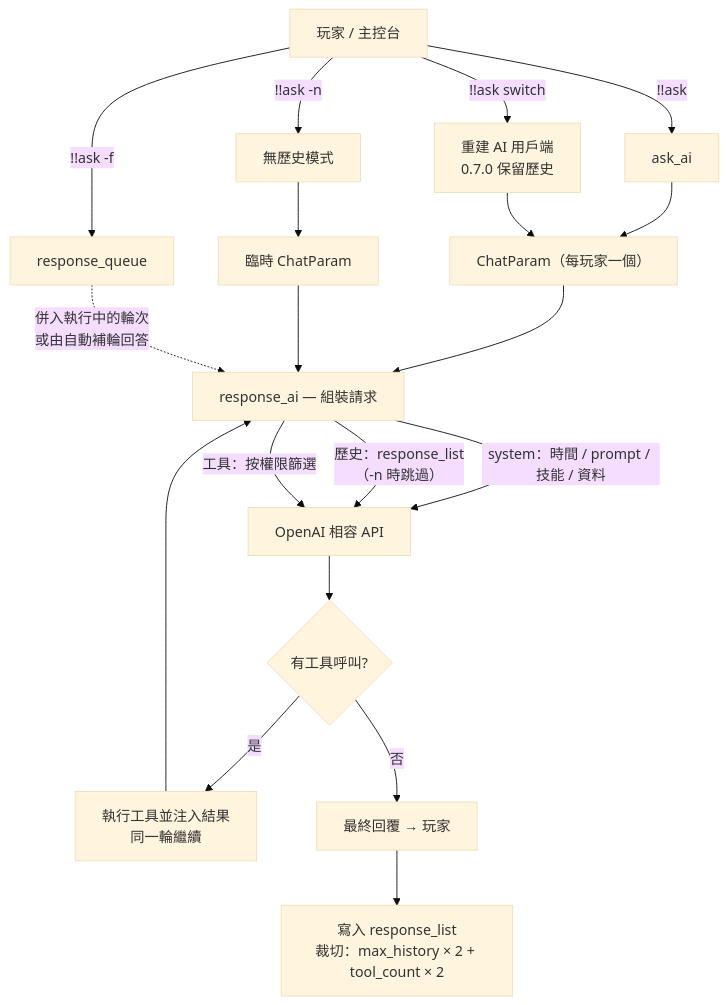
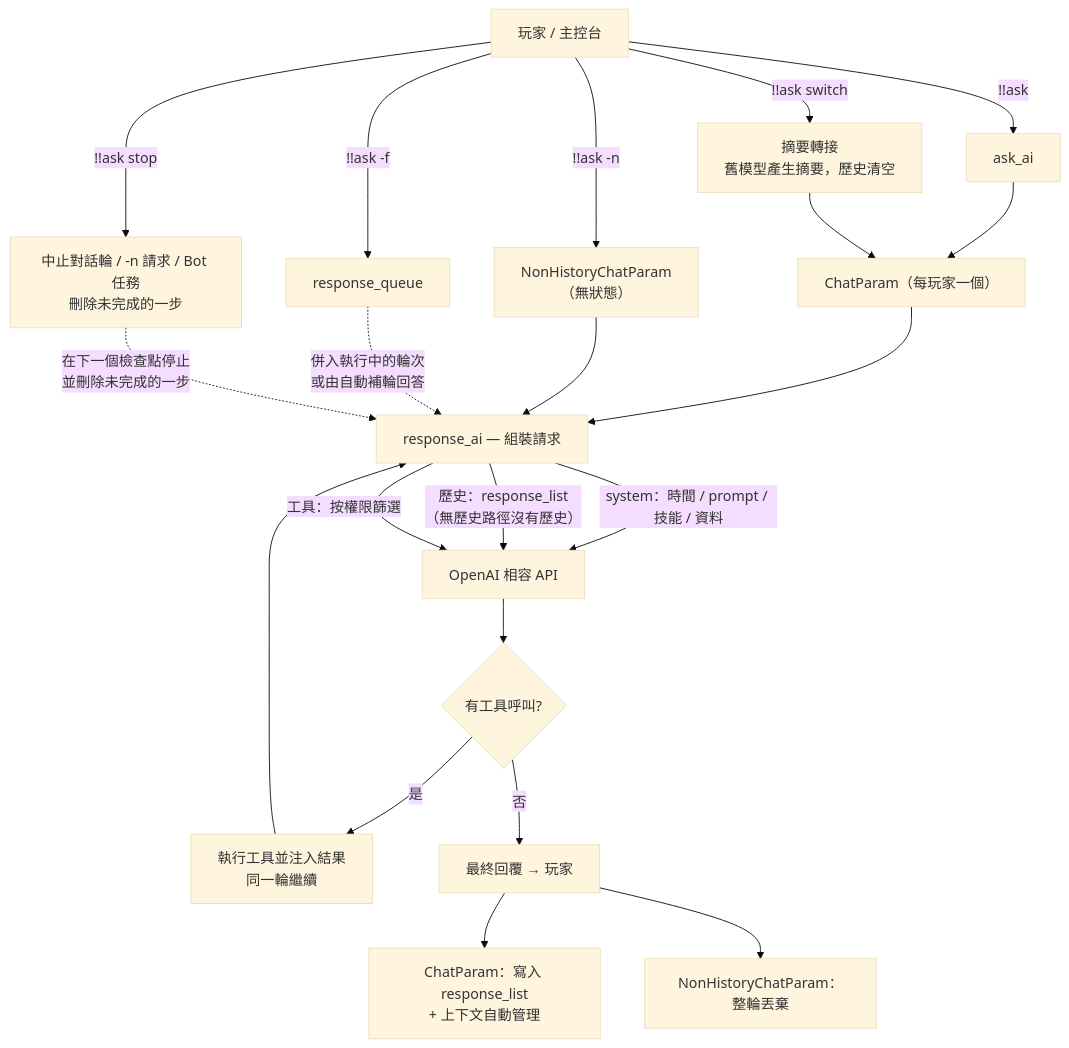
One commit to PengZixuan30/Games_AI changed the first of 2 diagrams in README.zh-TW.md. Above: the diagram before and after it, drawn with Mermaid (base theme). The commit also changed other lines of this file and 20 other files, not shown here.

````diff
--- a/README.zh-TW.md
+++ b/README.zh-TW.md
@@ -154,24 +165,26 @@
 ```mermaid
 flowchart TD
     U["玩家 / 主控台"] -->|"!!ask <content>"| ASK["ask_ai"]
-    U -->|"!!ask -n <content>"| NOH["無歷史模式"]
+    U -->|"!!ask -n <content>"| NOH["NonHistoryChatParam<br/>（無狀態）"]
     U -->|"!!ask -f <content>"| QUEUE["response_queue"]
-    U -->|"!!ask switch <model>"| SWITCH["重建 AI 用戶端<br/>0.7.0 保留歷史"]
+    U -->|"!!ask switch <model>"| SWITCH["摘要轉接<br/>舊模型產生摘要，歷史清空"]
+    U -->|"!!ask stop"| STOP["中止對話輪 / -n 請求 / Bot 任務<br/>刪除未完成的一步"]
 
     ASK --> CP["ChatParam（每玩家一個）"]
-    NOH --> CPD["臨時 ChatParam"]
     CP --> BUILD["response_ai — 組裝請求"]
-    CPD --> BUILD
+    NOH --> BUILD
     BUILD -->|"system：時間 / prompt / 技能 / 資料"| API
-    BUILD -->|"歷史：response_list<br/>（-n 時跳過）"| API
+    BUILD -->|"歷史：response_list<br/>（無歷史路徑沒有歷史）"| API
     BUILD -->|"工具：按權限篩選"| API
 
     API["OpenAI 相容 API"] --> TOOLCALL{"有工具呼叫?"}
     TOOLCALL -->|"是"| TOOL["執行工具並注入結果<br/>同一輪繼續"]
     TOOL --> BUILD
     TOOLCALL -->|"否"| REPLY["最終回覆 → 玩家"]
-    REPLY --> SAVE["寫入 response_list<br/>裁切：max_history × 2 + tool_count × 2"]
+    REPLY --> SAVE["ChatParam：寫入 response_list<br/>+ 上下文自動管理"]
+    REPLY --> DROP["NonHistoryChatParam：整輪丟棄"]
 
     QUEUE -.->|"併入執行中的輪次<br/>或由自動補輪回答"| BUILD
     SWITCH --> CP
+    STOP -.->|"在下一個檢查點停止<br/>並刪除未完成的一步"| BUILD
 ```
````
